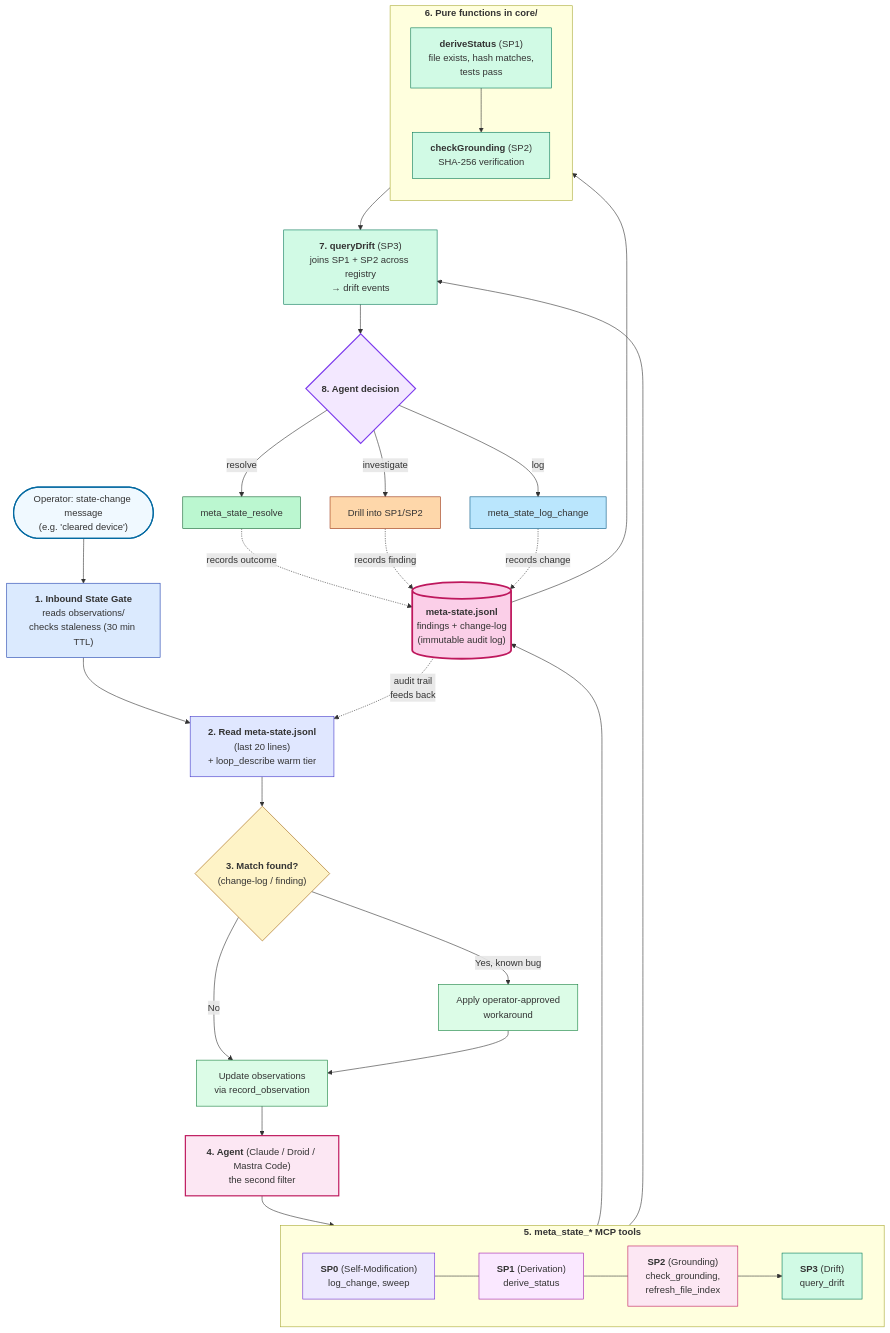
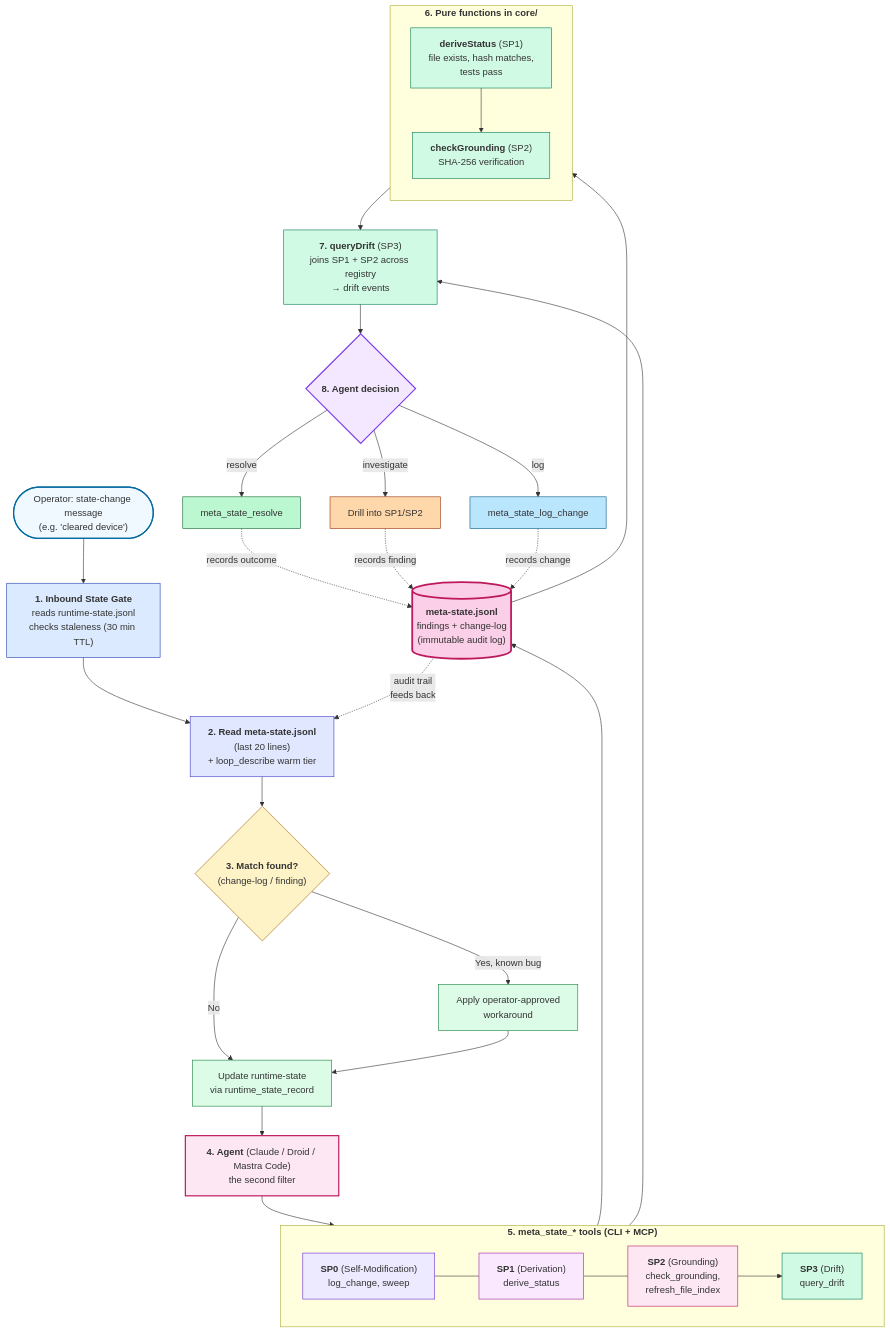
One commit to dat9uy/learning-loop-template changed the diagram in docs/architecture.md. Above: the diagram before and after it, drawn with Mermaid. The commit also changed other lines of this file and 13 other files, not shown here.

First line of the commit message:
docs: refactor doc set for CLI-surface and append-only meta-state

````diff
--- a/docs/architecture.md
+++ b/docs/architecture.md
@@ -477,58 +380,58 @@
 ```mermaid
 flowchart TD
     Operator(["Operator: state-change message<br/>(e.g. 'cleared device')"]):::trigger --> S1
-    S1["<b>1. Inbound State Gate</b><br/>reads observations/<br/>checks staleness (30 min TTL)"]:::gate --> S2
+    S1["<b>1. Inbound State Gate</b><br/>reads runtime-state.jsonl<br/>checks staleness (30 min TTL)"]:::gate --> S2
     S2["<b>2. Read meta-state.jsonl</b><br/>(last 20 lines)<br/>+ loop_describe warm tier"]:::read --> S3
     S3{"<b>3. Match found?</b><br/>(change-log / finding)"}:::scan
     S3 -->|Yes, known bug| S3a["Apply operator-approved<br/>workaround"]:::apply
-    S3 -->|No| S3b["Update observations<br/>via record_observation"]:::update
+    S3 -->|No| S3b["Update runtime-state<br/>via runtime_state_record"]:::update
     S3a --> S3b
     S3b --> S4
     S4["<b>4. Agent</b> (Claude / Droid / Mastra Code)<br/>the second filter"]:::agent --> S5
-    subgraph S5["<b>5. meta_state_* MCP tools</b>"]
+    subgraph S5["<b>5. meta_state_* tools (CLI + MCP)</b>"]
         direction LR
         T_SP0["<b>SP0</b> (Self-Modification)<br/>log_change, sweep"]:::sp0
         T_SP1["<b>SP1</b> (Derivation)<br/>derive_status"]:::sp1
         T_SP2["<b>SP2</b> (Grounding)<br/>check_grounding,<br/>refresh_file_index"]:::sp2
         T_SP3["<b>SP3</b> (Drift)<br/>query_drift"]:::sp3
         T_SP0 --- T_SP1 --- T_SP2 --> T_SP3
     end
     S5 --> Registry
     Registry[("<b>meta-state.jsonl</b><br/>findings + change-log<br/>(immutable audit log)")]:::registry
     subgraph S6["<b>6. Pure functions in core/</b>"]
         direction TB
         S6a["<b>deriveStatus</b> (SP1)<br/>file exists, hash matches,<br/>tests pass"]:::purefn
         S6b["<b>checkGrounding</b> (SP2)<br/>SHA-256 verification"]:::purefn
         S6a --> S6b
     end
     Registry --> S6
     S6 --> S7
     S7["<b>7. queryDrift</b> (SP3)<br/>joins SP1 + SP2 across registry<br/>→ drift events"]:::purefn
     S5 --> S7
     S7 --> S8
     S8{"<b>8. Agent decision</b>"}:::decision
     S8 -->|resolve| S8a["meta_state_resolve"]:::resolve
     S8 -->|investigate| S8b["Drill into SP1/SP2"]:::investigate
     S8 -->|log| S8c["meta_state_log_change"]:::log
     S8a -.->|records outcome| Registry
     S8b -.->|records finding| Registry
     S8c -.->|records change| Registry
     Registry -.->|audit trail<br/>feeds back| S2
     classDef trigger fill:#f0f9ff,stroke:#0369a1,stroke-width:2px
     classDef gate fill:#dbeafe,stroke:#1e40af
     classDef read fill:#e0e7ff,stroke:#4338ca
     classDef scan fill:#fef3c7,stroke:#a16207
     classDef apply fill:#dcfce7,stroke:#15803d
     classDef update fill:#dcfce7,stroke:#15803d
     classDef agent fill:#fce7f3,stroke:#be185d,stroke-width:2px
     classDef sp0 fill:#ede9fe,stroke:#6d28d9
     classDef sp1 fill:#fae8ff,stroke:#a21caf
     classDef sp2 fill:#fce7f3,stroke:#be185d
     classDef sp3 fill:#d1fae5,stroke:#047857
     classDef registry fill:#fbcfe8,stroke:#be185d,stroke-width:3px
     classDef purefn fill:#d1fae5,stroke:#047857
     classDef decision fill:#f3e8ff,stroke:#7c3aed,stroke-width:2px
     classDef resolve fill:#bbf7d0,stroke:#166534
     classDef investigate fill:#fed7aa,stroke:#9a3412
     classDef log fill:#bae6fd,stroke:#075985
 ```
````
